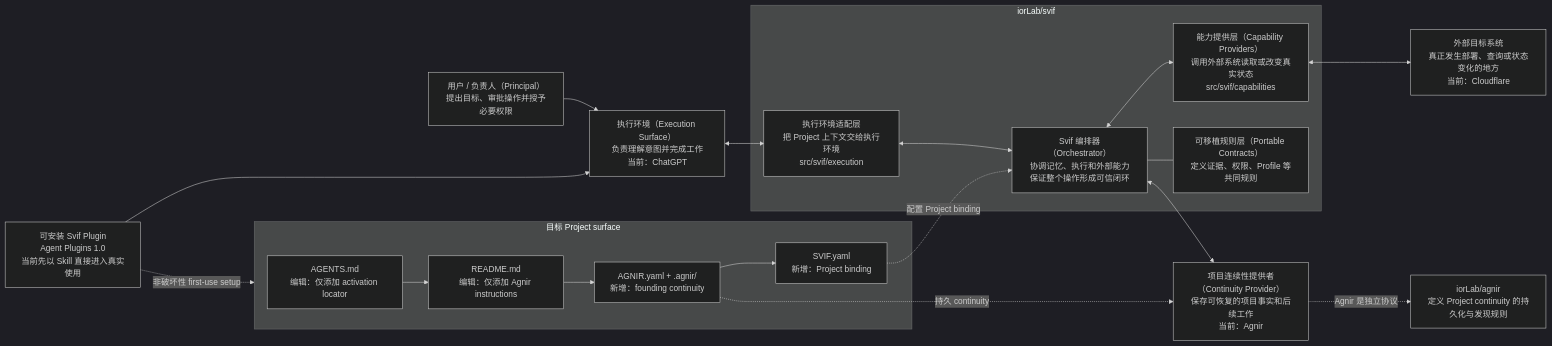
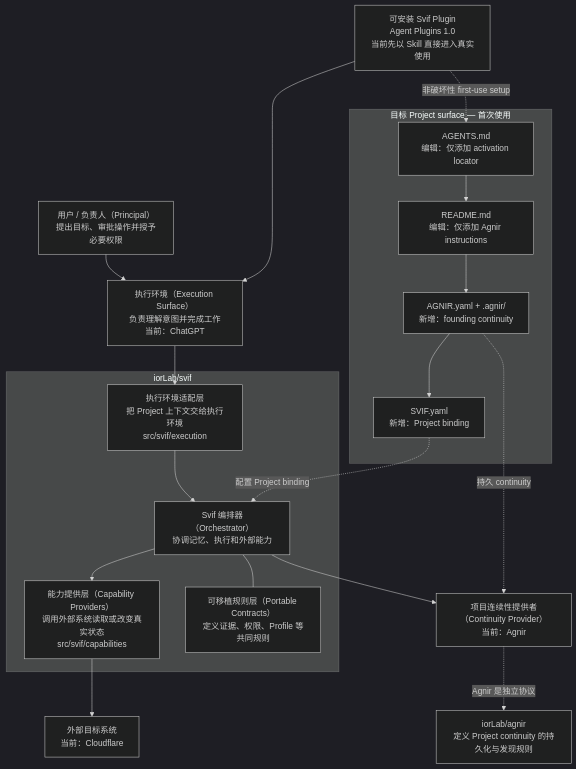
Before and after one commit to iorLab/svif: the first of 2 diagrams in README.zh-CN.md, drawn with Mermaid (dark theme). The commit also changed other lines of this file and 2 other files, not shown here.

Commit message:
docs: make prompts copyable and stabilize Mermaid diagrams

````diff
--- a/README.zh-CN.md
+++ b/README.zh-CN.md
@@ -67,33 +80,32 @@
 ```mermaid
-flowchart LR
+flowchart TB
     P["用户 / 负责人（Principal）<br/>提出目标、审批操作并授予必要权限"] --> E["执行环境（Execution Surface）<br/>负责理解意图并完成工作<br/>当前：ChatGPT"]
+    D["可安装 Svif Plugin<br/>Agent Plugins 1.0<br/>当前先以 Skill 直接进入真实使用"] --> E
 
-    D["可安装 Svif Plugin<br/>Agent Plugins 1.0<br/>当前先以 Skill 直接进入真实使用"] --> E
-    D -. "非破坏性 first-use setup" .-> T
-
-    subgraph T["目标 Project surface"]
+    subgraph T["目标 Project surface — 首次使用"]
         G["AGENTS.md<br/>编辑：仅添加 activation locator"]
         H["README.md<br/>编辑：仅添加 Agnir instructions"]
         Q["AGNIR.yaml + .agnir/<br/>新增：founding continuity"]
         B["SVIF.yaml<br/>新增：Project binding"]
         G --> H --> Q --> B
     end
 
-    subgraph S[iorLab/svif]
-        O["Svif 编排器（Orchestrator）<br/>协调记忆、执行和外部能力<br/>保证整个操作形成可信闭环"]
+    D -. "非破坏性 first-use setup" .-> G
+
+    subgraph S["iorLab/svif"]
         X["执行环境适配层<br/>把 Project 上下文交给执行环境<br/>src/svif/execution"]
+        O["Svif 编排器（Orchestrator）<br/>协调记忆、执行和外部能力"]
         K["能力提供层（Capability Providers）<br/>调用外部系统读取或改变真实状态<br/>src/svif/capabilities"]
         R["可移植规则层（Portable Contracts）<br/>定义证据、权限、Profile 等共同规则"]
+        X --> O
+        O --> K
         O --- R
-        X <--> O
-        O <--> K
     end
 
-    E <--> X
+    E --> X
     B -. "配置 Project binding" .-> O
-    O <--> C["项目连续性提供者（Continuity Provider）<br/>保存可恢复的项目事实和后续工作<br/>当前：Agnir"]
-    Q -. "持久 continuity" .-> C
-    K <--> F["外部目标系统<br/>真正发生部署、查询或状态变化的地方<br/>当前：Cloudflare"]
-
+    Q -. "持久 continuity" .-> C["项目连续性提供者（Continuity Provider）<br/>当前：Agnir"]
+    O --> C
+    K --> F["外部目标系统<br/>当前：Cloudflare"]
     C -. "Agnir 是独立协议" .-> A["iorLab/agnir<br/>定义 Project continuity 的持久化与发现规则"]
 ```
````
